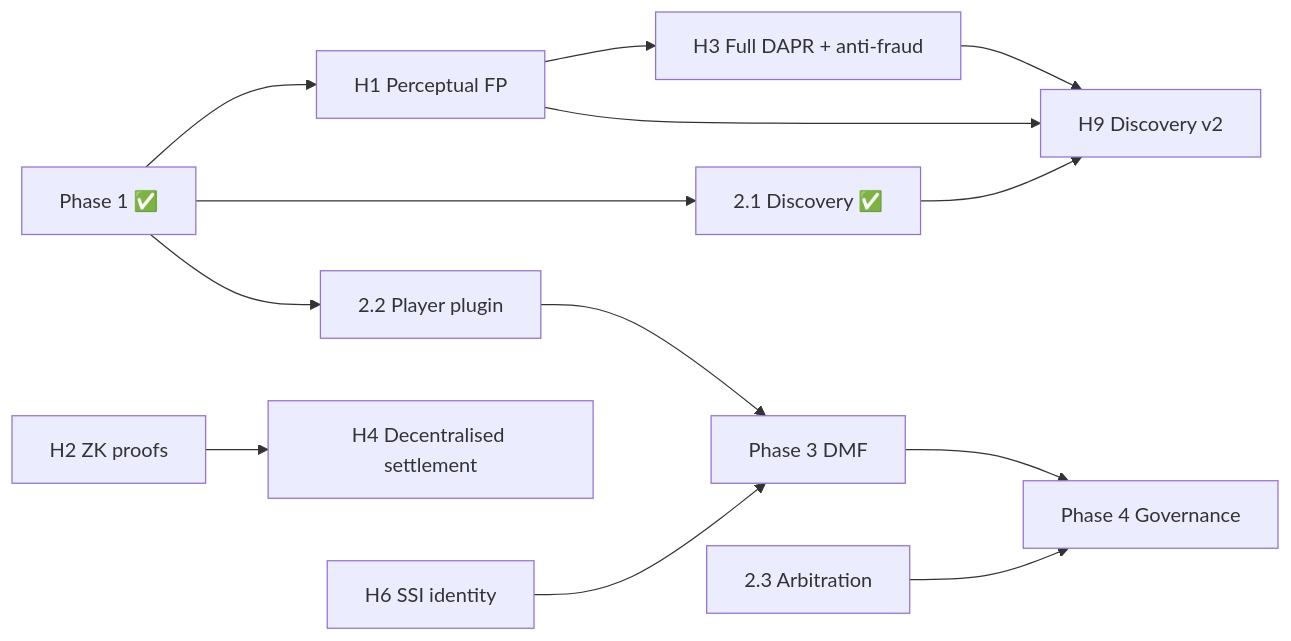
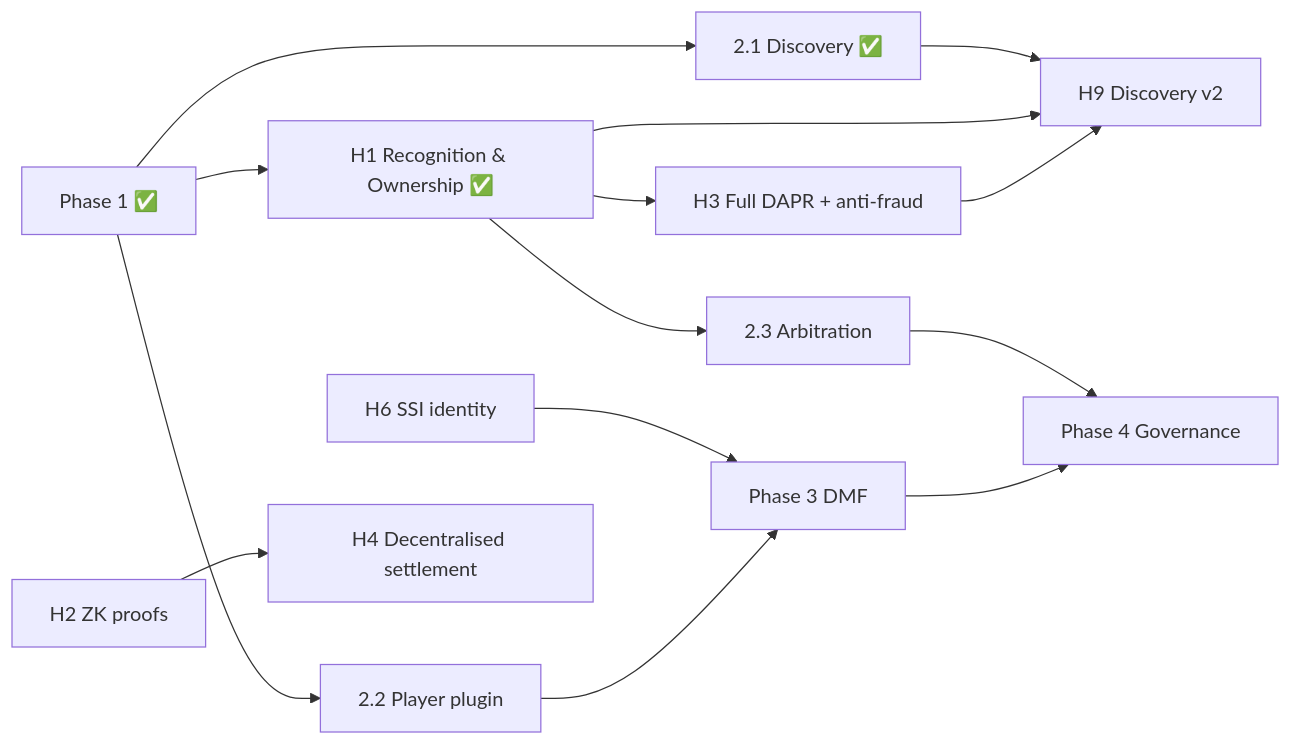
One commit to perpetualbits/clean-web-economy changed the diagram in docs/roadmap.md. Above: the diagram before and after it, drawn with Mermaid. The commit also changed other lines of this file and 1 other file, not shown here.

Commit message:
Roadmap: mark H1 (Recognition & Ownership) complete

````diff
--- a/docs/roadmap.md
+++ b/docs/roadmap.md
@@ -125,15 +133,16 @@
 ```mermaid
 flowchart LR
   P1[Phase 1 ✅] --> P21[2.1 Discovery ✅]
   P1 --> P22[2.2 Player plugin]
-  P1 --> H1[H1 Perceptual FP]
+  P1 --> H1[H1 Recognition & Ownership ✅]
   P21 --> H9[H9 Discovery v2]
   H1 --> H9
   H1 --> H3[H3 Full DAPR + anti-fraud]
+  H1 --> P23[2.3 Arbitration]
   H3 --> H9
   H6[H6 SSI identity] --> P3[Phase 3 DMF]
   P22 --> P3
   H2[H2 ZK proofs] --> H4[H4 Decentralised settlement]
   P23[2.3 Arbitration] --> P4[Phase 4 Governance]
   P3 --> P4
 ```
````
